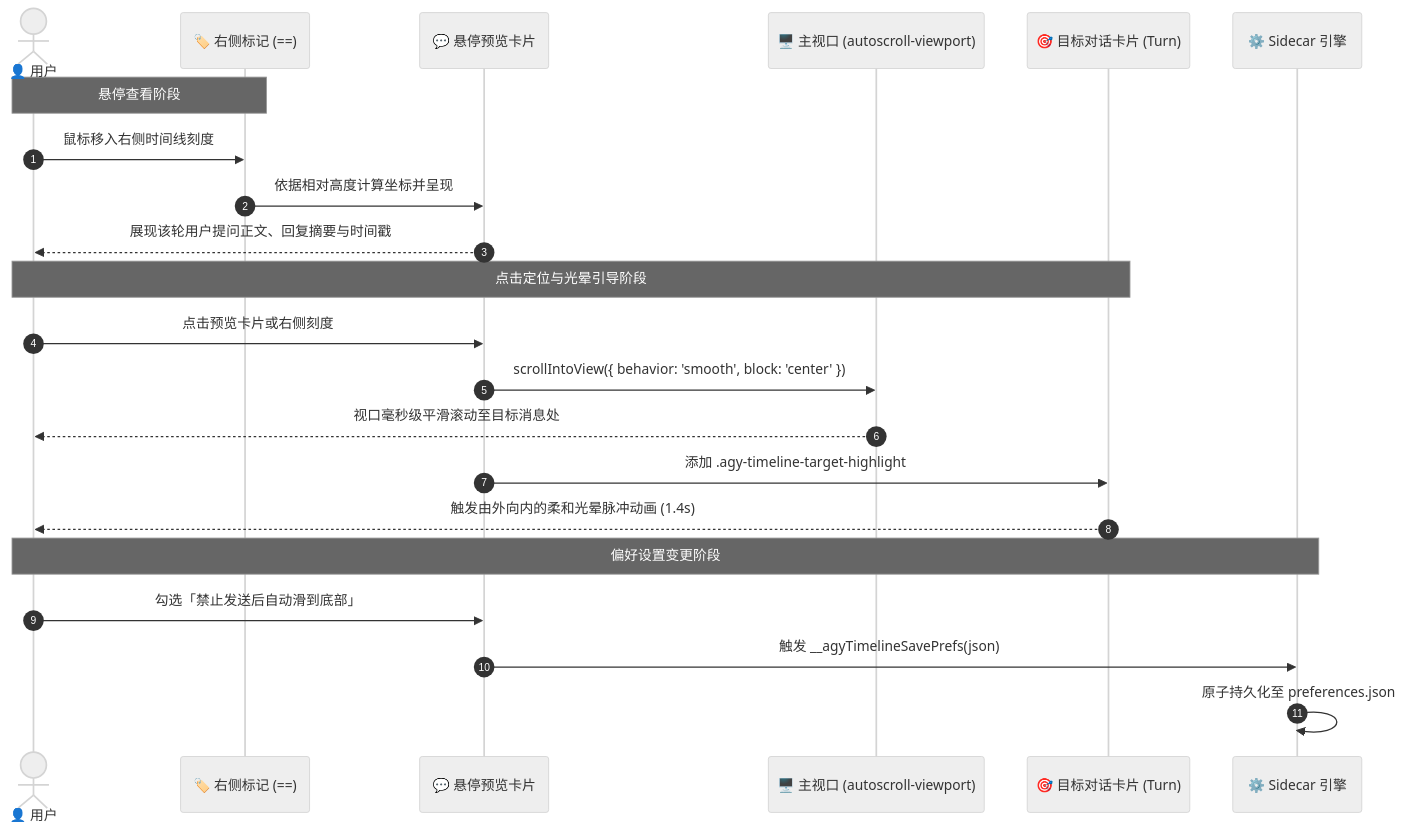
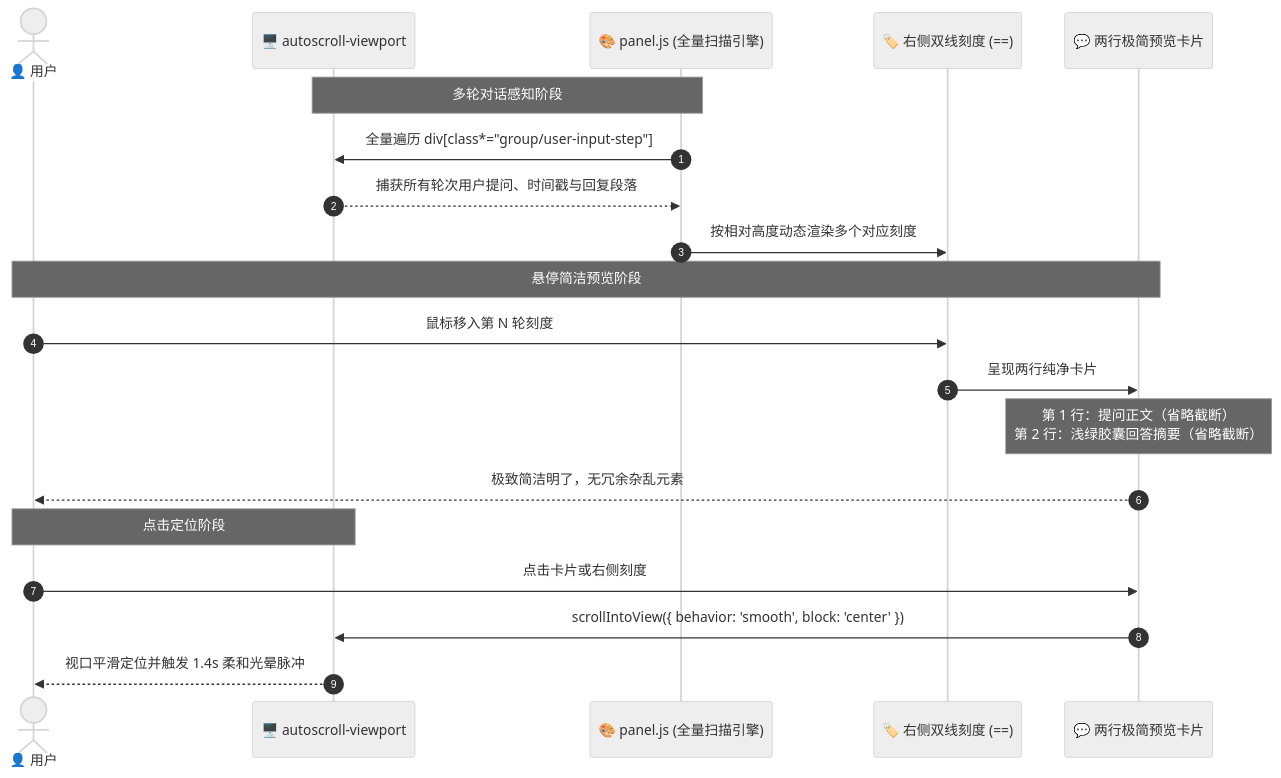
Before and after one commit to moumouye/antigravity-timeline: the second of 2 diagrams in ARCHITECTURE.md, drawn with Mermaid (neutral theme). The commit also changed other lines of this file and 7 other files, not shown here.

````diff
--- a/ARCHITECTURE.md
+++ b/ARCHITECTURE.md
@@ -69,27 +72,25 @@
 ```mermaid
 sequenceDiagram
     autonumber
     actor User as 👤 用户
-    participant Marker as 🏷️ 右侧标记 (==)
-    participant Popover as 💬 悬停预览卡片
-    participant Viewport as 🖥️ 主视口 (autoscroll-viewport)
-    participant Target as 🎯 目标对话卡片 (Turn)
-    participant Engine as ⚙️ Sidecar 引擎
+    participant Viewport as 🖥️ autoscroll-viewport
+    participant Engine as 🎨 panel.js (全量扫描引擎)
+    participant Marker as 🏷️ 右侧双线刻度 (==)
+    participant Popover as 💬 两行极简预览卡片
 
-    Note over User, Marker: 悬停查看阶段
-    User->>Marker: 鼠标移入右侧时间线刻度
-    Marker->>Popover: 依据相对高度计算坐标并呈现
-    Popover-->>User: 展现该轮用户提问正文、回复摘要与时间戳
+    Note over Viewport, Engine: 多轮对话感知阶段
+    Engine->>Viewport: 全量遍历 div[class*="group/user-input-step"]
+    Viewport-->>Engine: 捕获所有轮次用户提问、时间戳与回复段落
+    Engine->>Marker: 按相对高度动态渲染多个对应刻度
 
-    Note over User, Target: 点击定位与光晕引导阶段
-    User->>Popover: 点击预览卡片或右侧刻度
+    Note over User, Popover: 悬停简洁预览阶段
+    User->>Marker: 鼠标移入第 N 轮刻度
+    Marker->>Popover: 呈现两行纯净卡片
+    Note over Popover: 第 1 行：提问正文（省略截断）<br/>第 2 行：浅绿胶囊回答摘要（省略截断）
+    Popover-->>User: 极致简洁明了，无冗余杂乱元素
+
+    Note over User, Viewport: 点击定位阶段
+    User->>Popover: 点击卡片或右侧刻度
     Popover->>Viewport: scrollIntoView({ behavior: 'smooth', block: 'center' })
-    Viewport-->>User: 视口毫秒级平滑滚动至目标消息处
-    Popover->>Target: 添加 .agy-timeline-target-highlight
-    Target-->>User: 触发由外向内的柔和光晕脉冲动画 (1.4s)
-
-    Note over User, Engine: 偏好设置变更阶段
-    User->>Popover: 勾选「禁止发送后自动滑到底部」
-    Popover->>Engine: 触发 __agyTimelineSavePrefs(json)
-    Engine->>Engine: 原子持久化至 preferences.json
+    Viewport-->>User: 视口平滑定位并触发 1.4s 柔和光晕脉冲
 ```
````
